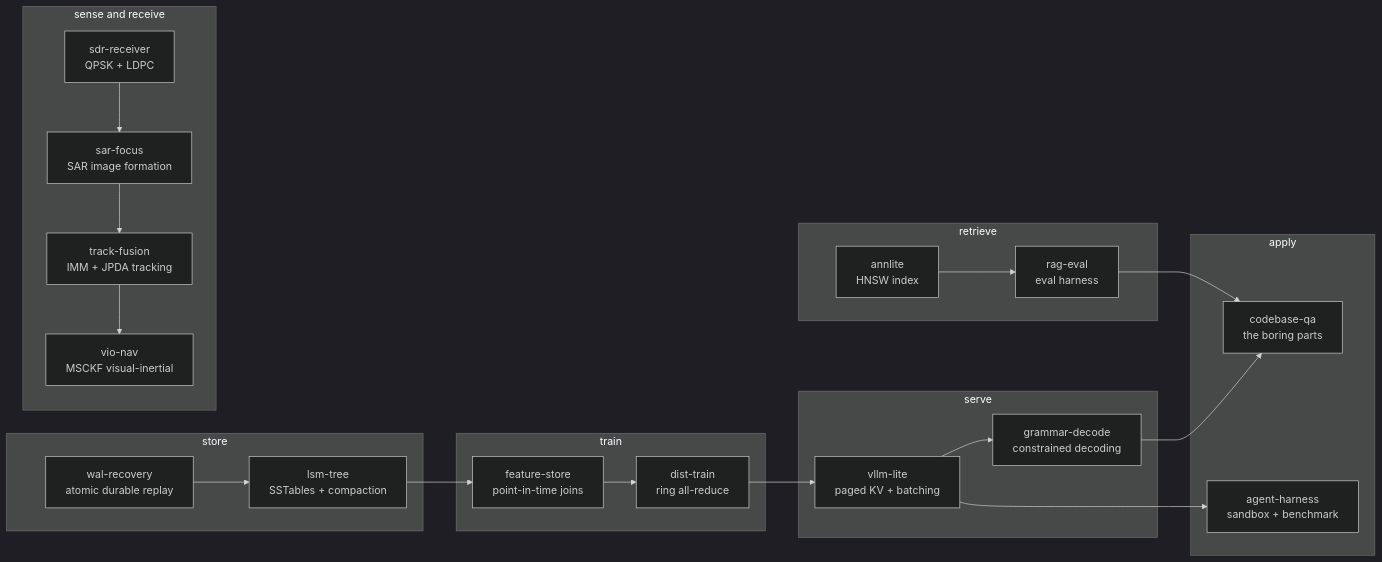
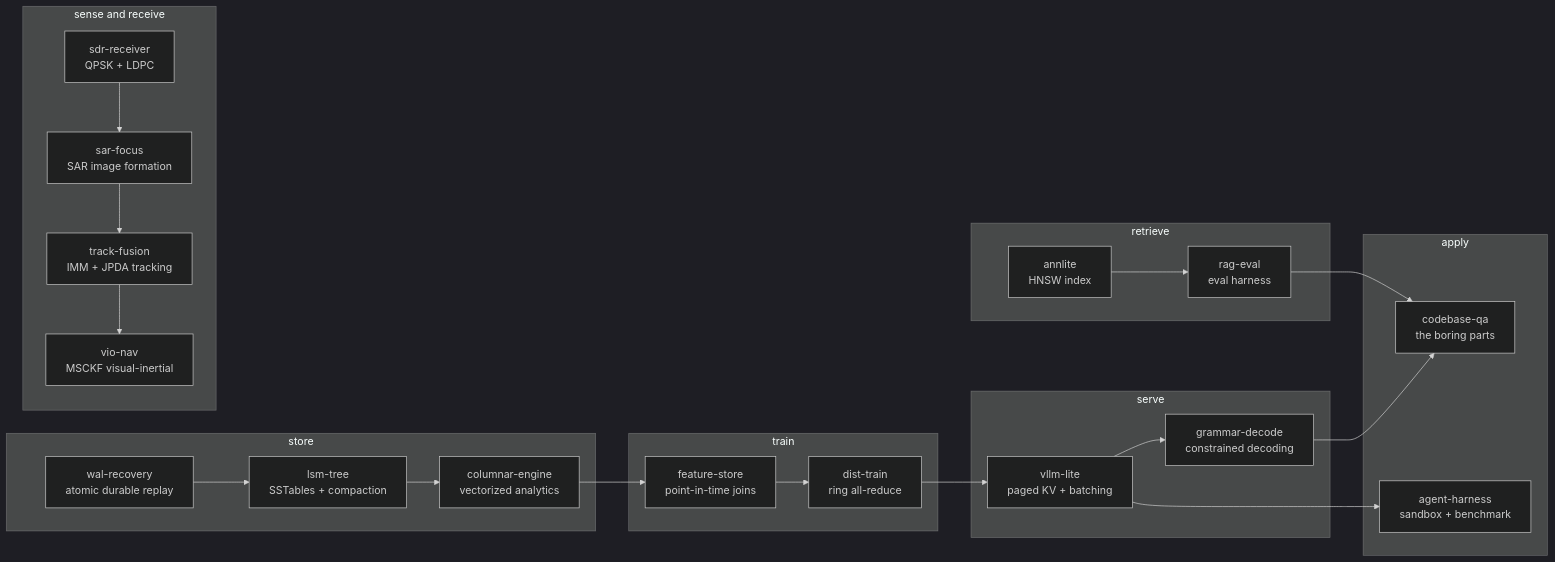
The diagram in README.md (asp53826/asp53826), drawn with Mermaid (dark theme) before and after one commit. The commit also changed other lines of this file and 4 other files, not shown here.

Commit message:
Add vectorized query engine to profile

````diff
--- a/README.md
+++ b/README.md
@@ -60,35 +61,36 @@
 ```mermaid
 flowchart LR
   subgraph STORE [store]
     M[wal-recovery<br/>atomic durable replay]
     N[lsm-tree<br/>SSTables + compaction]
+    O[columnar-engine<br/>vectorized analytics]
   end
   subgraph TRAIN [train]
     B[feature-store<br/>point-in-time joins]
     A[dist-train<br/>ring all-reduce]
   end
   subgraph SERVE [serve]
     C[vllm-lite<br/>paged KV + batching]
     D[grammar-decode<br/>constrained decoding]
   end
   subgraph RETRIEVE [retrieve]
     E[annlite<br/>HNSW index]
     F[rag-eval<br/>eval harness]
   end
   subgraph APPLY [apply]
     G[agent-harness<br/>sandbox + benchmark]
     H[codebase-qa<br/>the boring parts]
   end
   subgraph SIGNAL [sense and receive]
     I[sdr-receiver<br/>QPSK + LDPC]
     J[sar-focus<br/>SAR image formation]
     K[track-fusion<br/>IMM + JPDA tracking]
     L[vio-nav<br/>MSCKF visual-inertial]
   end
 
-  M --> N --> B --> A --> C --> D
+  M --> N --> O --> B --> A --> C --> D
   E --> F --> H
   C --> G
   D --> H
   I --> J --> K --> L
 ```
````
